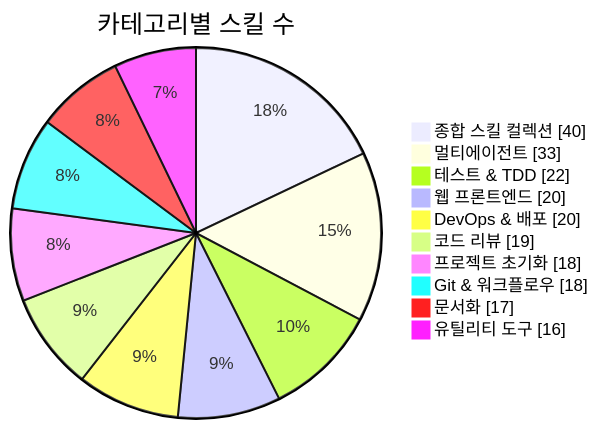
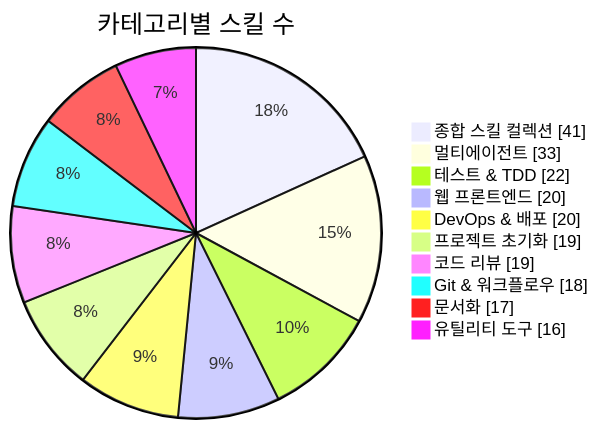
One commit to J-nowcow/awesome-korean-agent-skills changed the first of 3 diagrams in README.md. Above: the diagram before and after it, drawn with Mermaid. The commit also changed other lines of this file and 5 other files, not shown here.

````diff
--- a/README.md
+++ b/README.md
@@ -176,14 +176,14 @@
 ```mermaid
 pie showData
     title 카테고리별 스킬 수
-    "종합 스킬 컬렉션" : 40
+    "종합 스킬 컬렉션" : 41
     "멀티에이전트" : 33
     "테스트 & TDD" : 22
     "웹 프론트엔드" : 20
     "DevOps & 배포" : 20
+    "프로젝트 초기화" : 19
     "코드 리뷰" : 19
-    "프로젝트 초기화" : 18
     "Git & 워크플로우" : 18
     "문서화" : 17
     "유틸리티 도구" : 16
 ```
````
